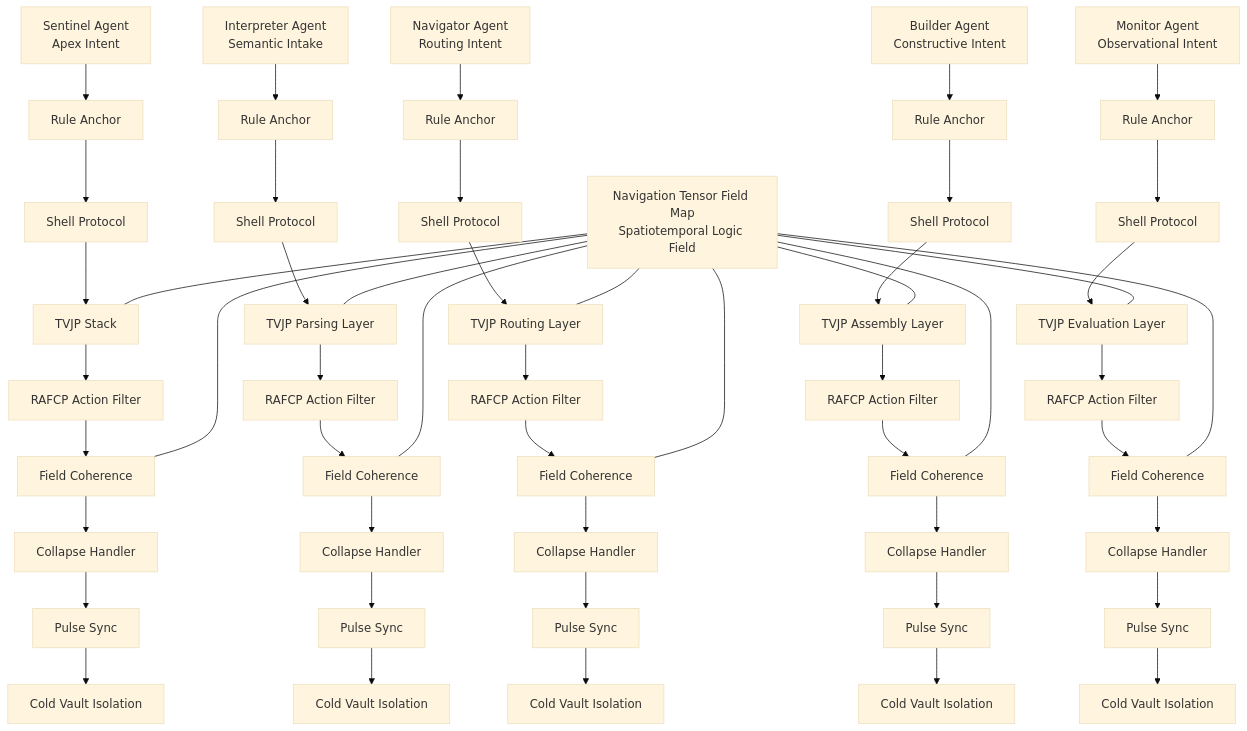
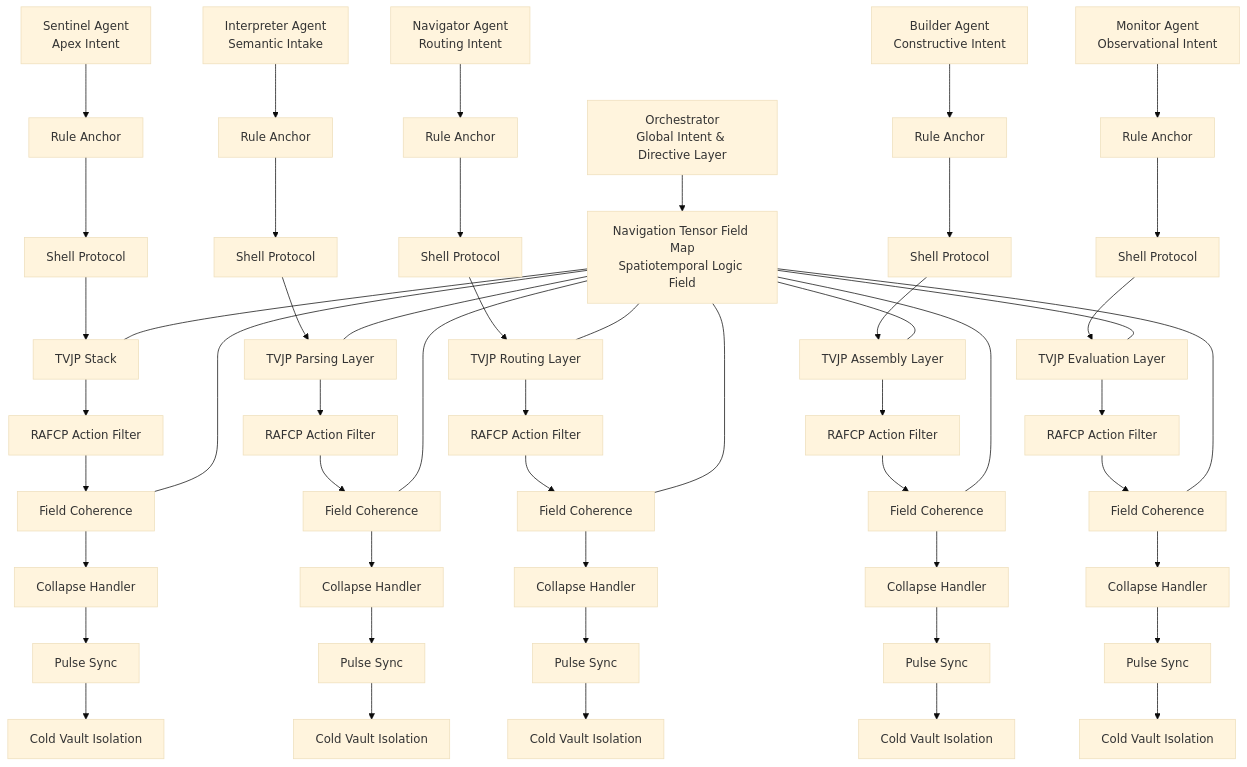
One commit to MrMizer-coder/Aporian_Agent_Collective changed the diagram in docs/Aporian_Agent_Collective_Pyramidal_Reasoning_Navigation_Tensor_Field_Map.mermaid. Above: the diagram before and after it, drawn with Mermaid (base theme).

Commit message:
Add Orchestrator and Navigation Tensor Field Map

```diff
--- a/docs/Aporian_Agent_Collective_Pyramidal_Reasoning_Navigation_Tensor_Field_Map.mermaid
+++ b/docs/Aporian_Agent_Collective_Pyramidal_Reasoning_Navigation_Tensor_Field_Map.mermaid
@@ -1,85 +1,96 @@
 graph TD
+
+    %% ─────────────────────────────────────────────
+    %% ORCHESTRATOR (GLOBAL APEX)
+    %% ─────────────────────────────────────────────
+    ORCH[Orchestrator<br/>Global Intent & Directive Layer]
+
+    %% Navigation Tensor Field Map (Global Spine)
+    NT[Navigation Tensor Field Map<br/>Spatiotemporal Logic Field]
+
+    ORCH --> NT
+
 
     %% ─────────────────────────────────────────────
     %% NAVIGATION TENSOR FIELD MAP (GLOBAL SPINE)
     %% ─────────────────────────────────────────────
     NT[Navigation Tensor Field Map<br/>Spatiotemporal Logic Field]
 
     %% Sentinel branch
     S0[Sentinel Agent<br/>Apex Intent]
     S1[Rule Anchor]
     S2[Shell Protocol]
     S3[TVJP Stack]
     S4[RAFCP Action Filter]
     S5[Field Coherence]
     S6[Collapse Handler]
     S7[Pulse Sync]
     S8[Cold Vault Isolation]
 
     S0 --> S1 --> S2 --> S3 --> S4 --> S5 --> S6 --> S7 --> S8
     NT --- S3
     NT --- S5
 
 
     %% Interpreter branch
     I0[Interpreter Agent<br/>Semantic Intake]
     I1[Rule Anchor]
     I2[Shell Protocol]
     I3[TVJP Parsing Layer]
     I4[RAFCP Action Filter]
     I5[Field Coherence]
     I6[Collapse Handler]
     I7[Pulse Sync]
     I8[Cold Vault Isolation]
 
     I0 --> I1 --> I2 --> I3 --> I4 --> I5 --> I6 --> I7 --> I8
     NT --- I3
     NT --- I5
 
 
     %% Navigator branch
     N0[Navigator Agent<br/>Routing Intent]
     N1[Rule Anchor]
     N2[Shell Protocol]
     N3[TVJP Routing Layer]
     N4[RAFCP Action Filter]
     N5[Field Coherence]
     N6[Collapse Handler]
     N7[Pulse Sync]
     N8[Cold Vault Isolation]
 
     N0 --> N1 --> N2 --> N3 --> N4 --> N5 --> N6 --> N7 --> N8
     NT --- N3
     NT --- N5
 
 
     %% Builder branch
     B0[Builder Agent<br/>Constructive Intent]
     B1[Rule Anchor]
     B2[Shell Protocol]
     B3[TVJP Assembly Layer]
     B4[RAFCP Action Filter]
     B5[Field Coherence]
     B6[Collapse Handler]
     B7[Pulse Sync]
     B8[Cold Vault Isolation]
 
     B0 --> B1 --> B2 --> B3 --> B4 --> B5 --> B6 --> B7 --> B8
     NT --- B3
     NT --- B5
 
 
     %% Monitor branch
     M0[Monitor Agent<br/>Observational Intent]
     M1[Rule Anchor]
     M2[Shell Protocol]
     M3[TVJP Evaluation Layer]
     M4[RAFCP Action Filter]
     M5[Field Coherence]
     M6[Collapse Handler]
     M7[Pulse Sync]
     M8[Cold Vault Isolation]
 
     M0 --> M1 --> M2 --> M3 --> M4 --> M5 --> M6 --> M7 --> M8
     NT --- M3
     NT --- M5
```
